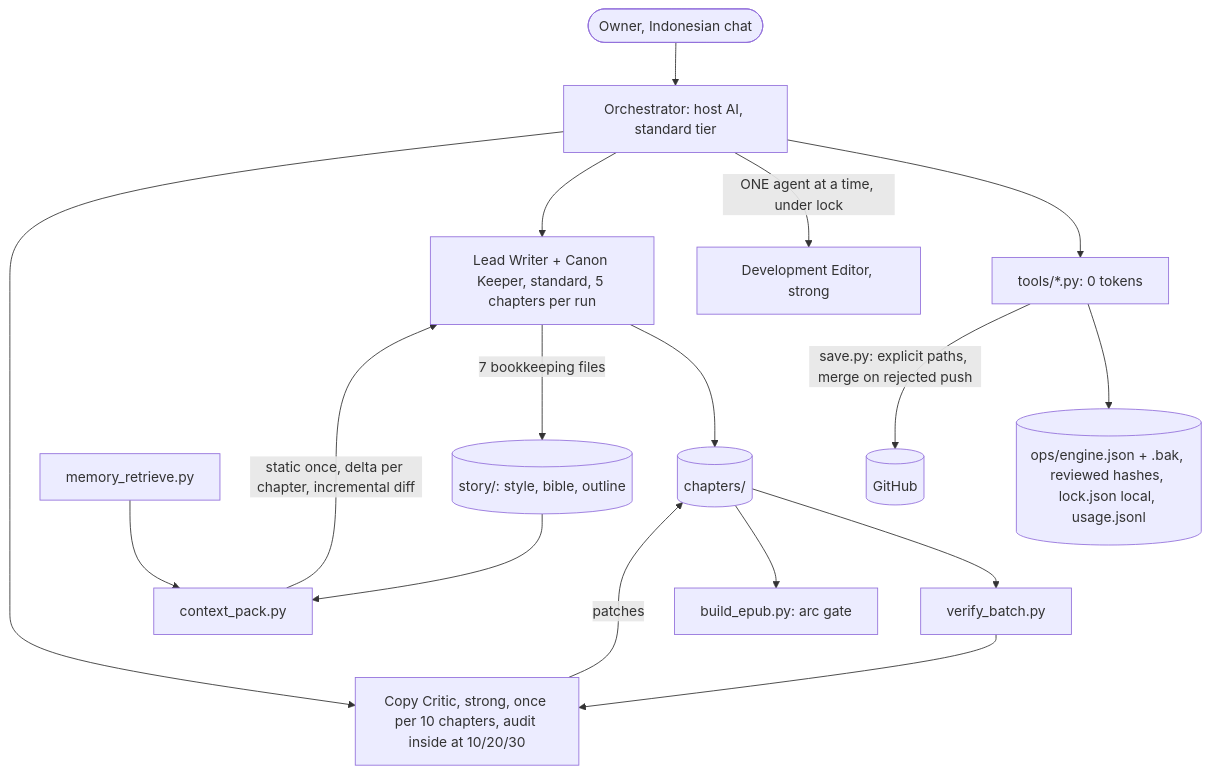
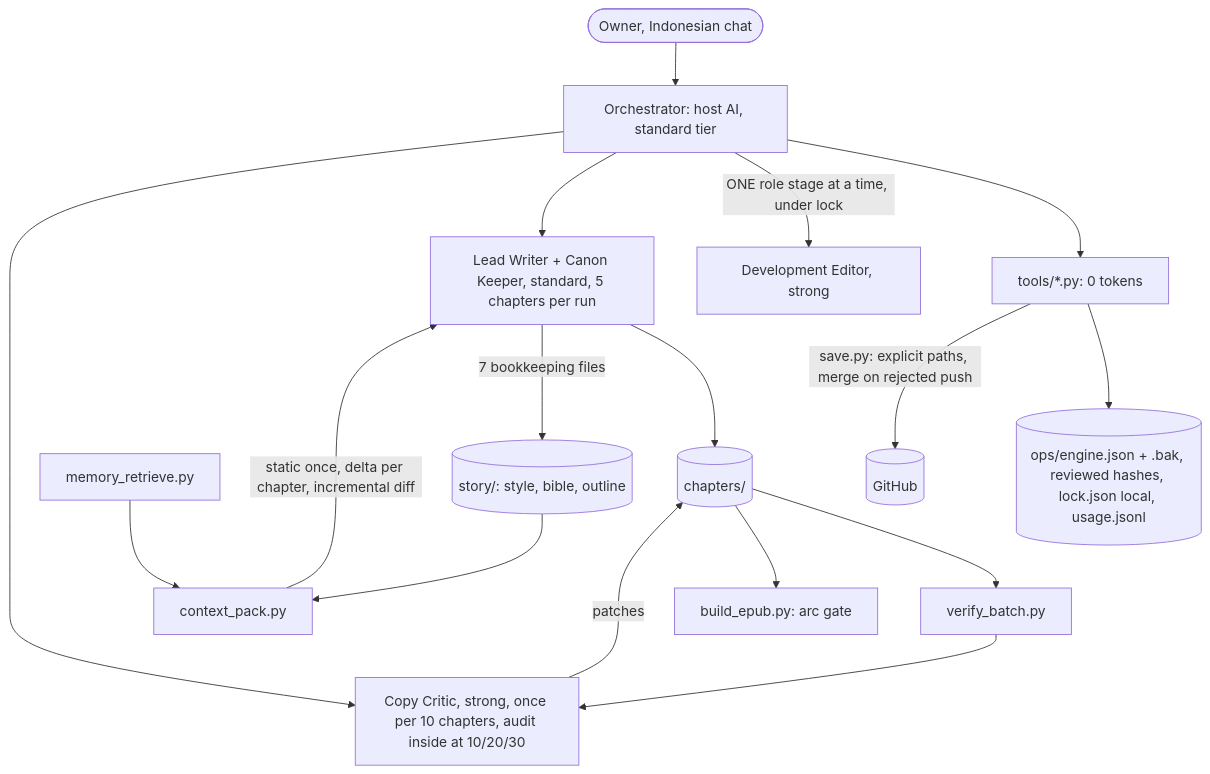
One commit to odinguard009/anogen changed the diagram in docs/ARCHITECTURE.md. Above: the diagram before and after it, drawn with Mermaid. The commit also changed other lines of this file and 11 other files, not shown here.

First line of the commit message:
Single-agent optimization: Phase 0 audit and Stage 1 (policy alignment, policy_check, CI)

````diff
--- a/docs/ARCHITECTURE.md
+++ b/docs/ARCHITECTURE.md
@@ -5,18 +5,18 @@
 ```mermaid
 flowchart TB
   Owner([Owner, Indonesian chat]) --> Orch[Orchestrator: host AI, standard tier]
   Orch --> Tools[tools/*.py: 0 tokens]
-  Orch -->|ONE agent at a time, under lock| DE[Development Editor, strong]
+  Orch -->|ONE role stage at a time, under lock| DE[Development Editor, strong]
   Orch --> LW[Lead Writer + Canon Keeper, standard, 5 chapters per run]
   Orch --> CR[Copy Critic, strong, once per 10 chapters, audit inside at 10/20/30]
   Story[(story/: style, bible, outline)] --> Pack[context_pack.py]
   Pack -->|static once, delta per chapter, incremental diff| LW
   Ret[memory_retrieve.py] --> Pack
   LW --> Chap[(chapters/)]
   LW -->|7 bookkeeping files| Story
   Chap --> Ver[verify_batch.py] --> CR
   CR -->|patches| Chap
   Tools --> State[(ops/engine.json + .bak, reviewed hashes, lock.json local, usage.jsonl)]
   Tools -->|save.py: explicit paths, merge on rejected push| GH[(GitHub)]
   Chap --> Epub[build_epub.py: arc gate]
 ```
````
